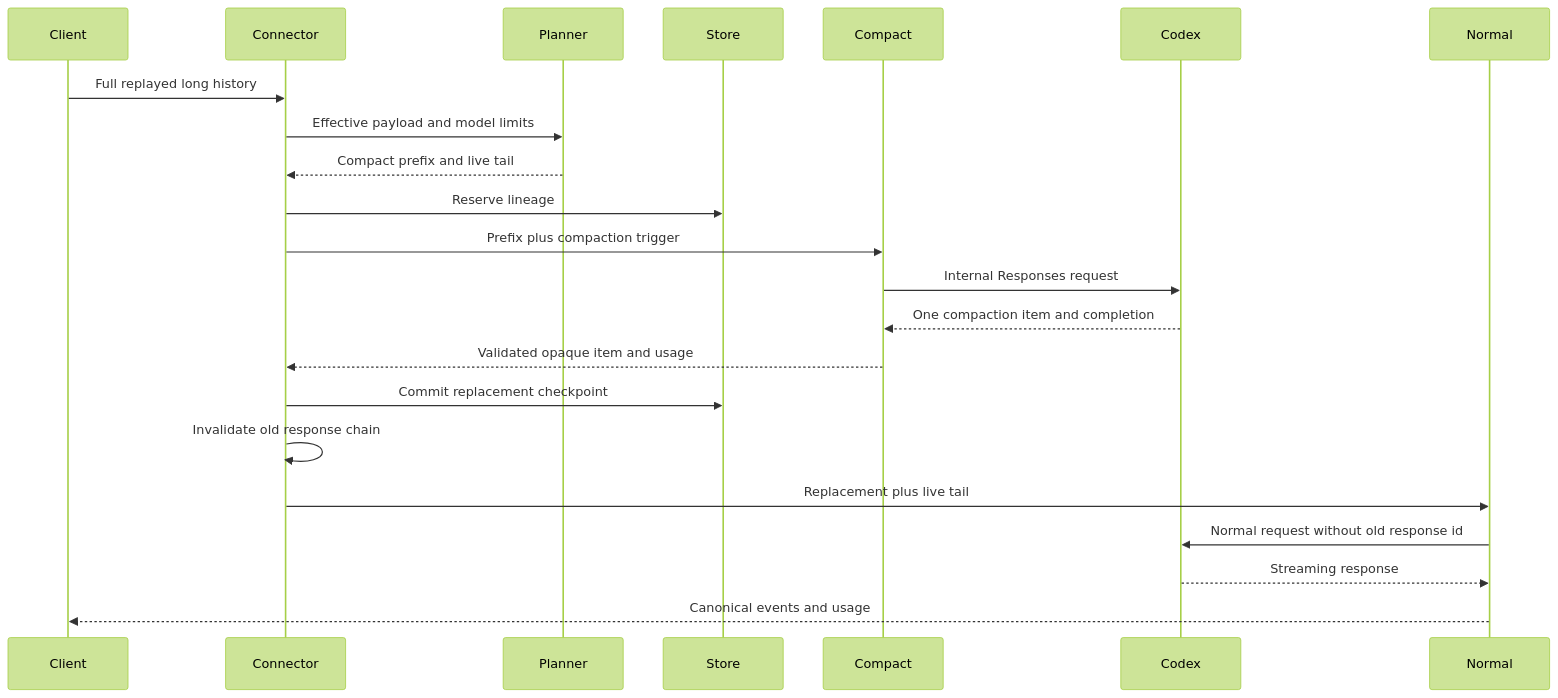
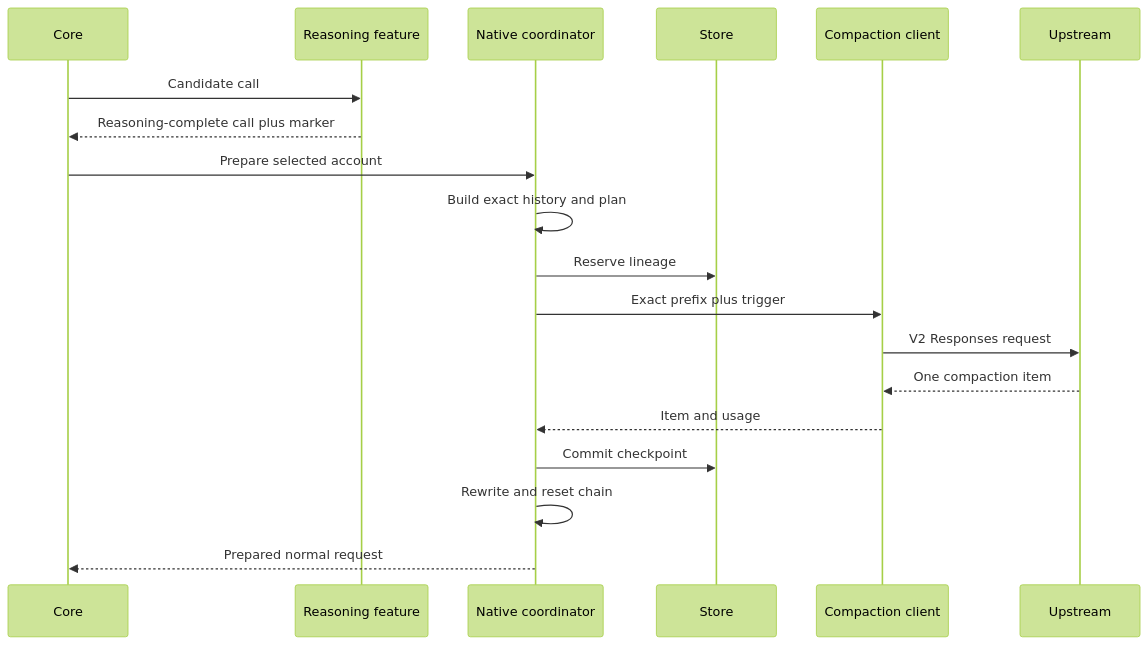
Before and after one commit to matdev83/go-llm-interactive-proxy: the third of 5 diagrams in .kiro/specs/openai-codex-native-compaction/design.md, drawn with Mermaid (forest theme). The commit also changed other lines of this file, not shown here.

Commit message:
spec: redesign Codex native context continuity

````diff
--- a/.kiro/specs/openai-codex-native-compaction/design.md
+++ b/.kiro/specs/openai-codex-native-compaction/design.md
@@ -593,25 +640,22 @@
 ```mermaid
 sequenceDiagram
-    participant Client
-    participant Connector
-    participant Planner
+    participant Core
+    participant Restore as Reasoning feature
+    participant Coord as Native coordinator
     participant Store
-    participant Compact
-    participant Codex
-    participant Normal
+    participant Compact as Compaction client
+    participant Upstream
 
-    Client->>Connector: Full replayed long history
-    Connector->>Planner: Effective payload and model limits
-    Planner-->>Connector: Compact prefix and live tail
-    Connector->>Store: Reserve lineage
-    Connector->>Compact: Prefix plus compaction trigger
-    Compact->>Codex: Internal Responses request
-    Codex-->>Compact: One compaction item and completion
-    Compact-->>Connector: Validated opaque item and usage
-    Connector->>Store: Commit replacement checkpoint
-    Connector->>Connector: Invalidate old response chain
-    Connector->>Normal: Replacement plus live tail
-    Normal->>Codex: Normal request without old response id
-    Codex-->>Normal: Streaming response
-    Normal-->>Client: Canonical events and usage
+    Core->>Restore: Candidate call
+    Restore-->>Core: Reasoning-complete call plus marker
+    Core->>Coord: Prepare selected account
+    Coord->>Coord: Build exact history and plan
+    Coord->>Store: Reserve lineage
+    Coord->>Compact: Exact prefix plus trigger
+    Compact->>Upstream: V2 Responses request
+    Upstream-->>Compact: One compaction item
+    Compact-->>Coord: Item and usage
+    Coord->>Store: Commit checkpoint
+    Coord->>Coord: Rewrite and reset chain
+    Coord-->>Core: Prepared normal request
 ```
````
